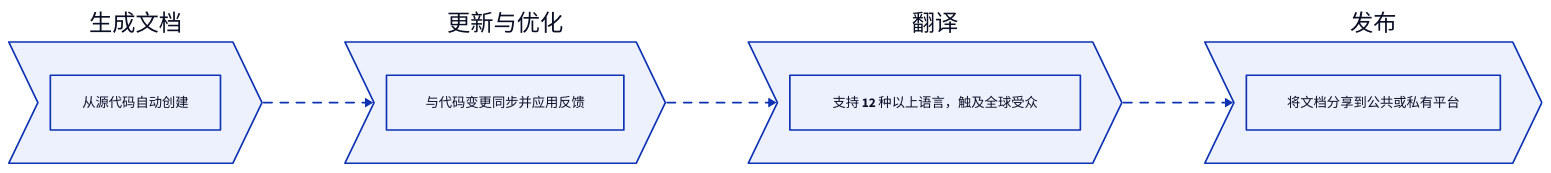
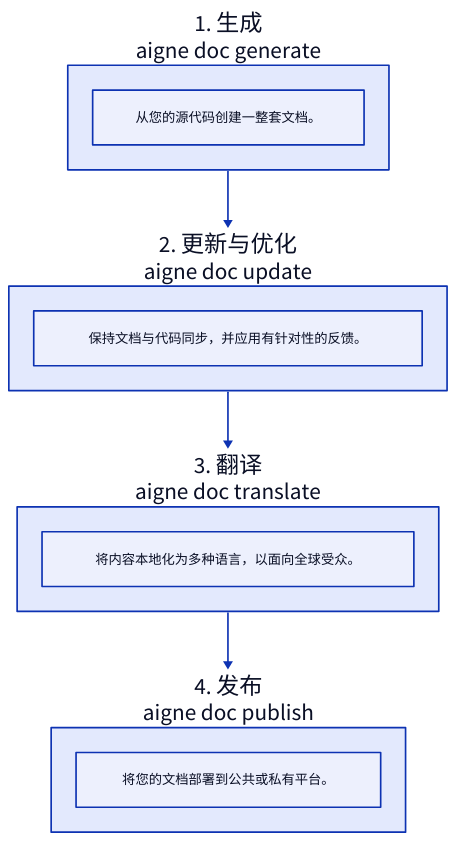
One commit to li-yechao/aigne-doc-smith changed the diagram in docs/features.zh.md. Above: the diagram before and after it, drawn with D2. The commit also changed other lines of this file and 37 other files, not shown here.

````diff
--- a/docs/features.zh.md
+++ b/docs/features.zh.md
@@ -11,27 +5,29 @@
 ```d2
-direction: right
+direction: down
 
-"生成文档": {
-  shape: step
-  description: "从源代码自动创建"
+Generate: {
+  label: "1. 生成\naigne doc generate"
+  shape: rectangle
+  description: "从您的源代码创建一整套文档。"
 }
 
-"更新与优化": {
-  shape: step
-  description: "与代码变更同步并应用反馈"
+Refine: {
+  label: "2. 更新与优化\naigne doc update"
+  shape: rectangle
+  description: "保持文档与代码同步，并应用有针对性的反馈。"
 }
 
-"翻译": {
-  shape: step
-  description: "支持 12 种以上语言，触及全球受众"
+Translate: {
+  label: "3. 翻译\naigne doc translate"
+  shape: rectangle
+  description: "将内容本地化为多种语言，以面向全球受众。"
 }
 
-"发布": {
-  shape: step
-  description: "将文档分享到公共或私有平台"
+Publish: {
+  label: "4. 发布\naigne doc publish"
+  shape: rectangle
+  description: "将您的文档部署到公共或私有平台。"
 }
 
-"生成文档" -> "更新与优化" -> "翻译" -> "发布" {
-  style.animated: true
-}
+Generate -> Refine -> Translate -> Publish
 ```
````
